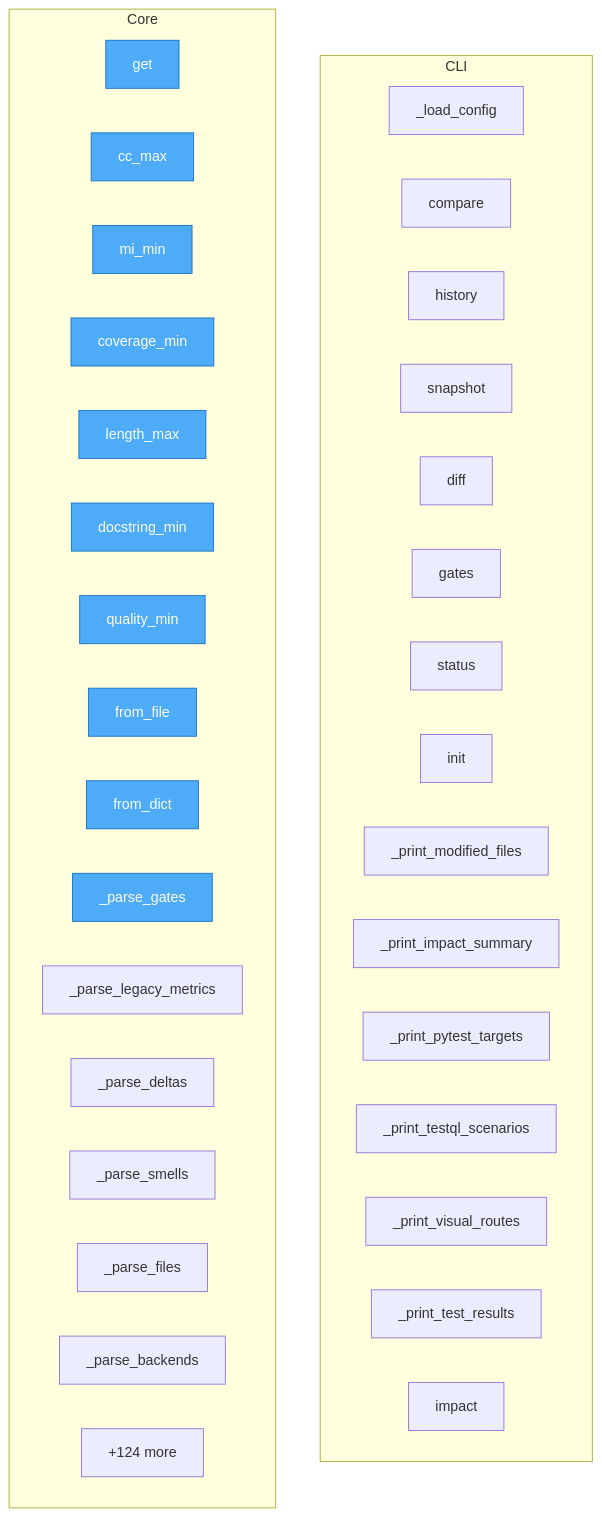
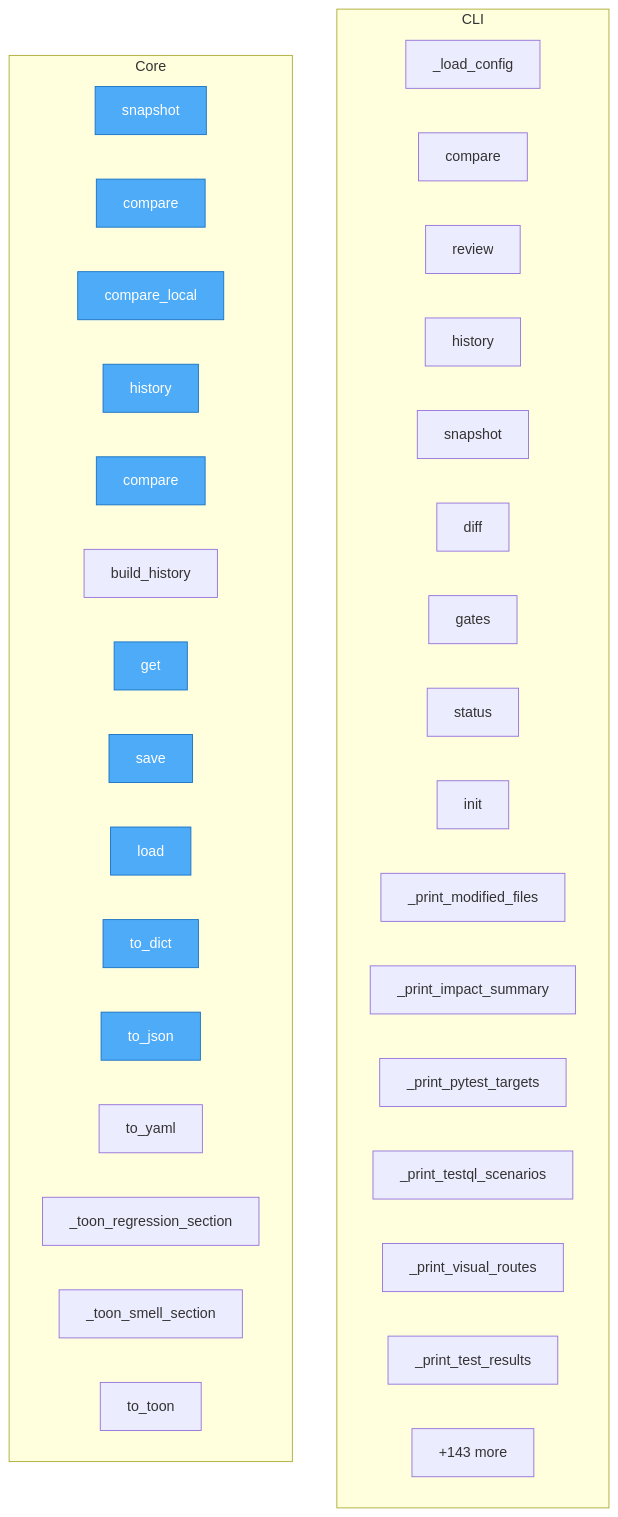
The diagram in project/flow.mmd (semcod/regix), drawn with Mermaid before and after one commit. The commit also changed 37 other files, not shown here.

```diff
--- a/project/flow.mmd
+++ b/project/flow.mmd
@@ -1,44 +1,45 @@
 flowchart TD
 %% generated in 0.01s
 
     %% Entry points (blue)
     classDef entry fill:#4dabf7,stroke:#1971c2,color:#fff
 
     subgraph CLI
         regix__cli___load_config["_load_config"]
         regix__cli__compare["compare"]
+        regix__cli__review["review"]
         regix__cli__history["history"]
         regix__cli__snapshot["snapshot"]
         regix__cli__diff["diff"]
         regix__cli__gates["gates"]
         regix__cli__status["status"]
         regix__cli__init["init"]
         regix__cli___print_modified_files["_print_modified_files"]
         regix__cli___print_impact_summary["_print_impact_summary"]
         regix__cli___print_pytest_targets["_print_pytest_targets"]
         regix__cli___print_testql_scenarios["_print_testql_scenarios"]
         regix__cli___print_visual_routes["_print_visual_routes"]
         regix__cli___print_test_results["_print_test_results"]
-        regix__cli__impact["impact"]
+        ...["+1 more"]
     end
 
     subgraph Core
-        regix__config__GateThresholds__get["get"]
-        regix__config__RegressionConfig__cc_max["cc_max"]
-        regix__config__RegressionConfig__mi_min["mi_min"]
-        regix__config__RegressionConfig__coverage_min["coverage_min"]
-        regix__config__RegressionConfig__length_max["length_max"]
-        regix__config__RegressionConfig__docstring_min["docstring_min"]
-        regix__config__RegressionConfig__quality_min["quality_min"]
-        regix__config__RegressionConfig__from_file["from_file"]
-        regix__config__RegressionConfig__from_dict["from_dict"]
-        regix__config__RegressionConfig___parse_gates["_parse_gates"]
-        regix__config__RegressionConfig___parse_legacy_metrics["_parse_legacy_metrics"]
-        regix__config__RegressionConfig___parse_deltas["_parse_deltas"]
-        regix__config__RegressionConfig___parse_smells["_parse_smells"]
-        regix__config__RegressionConfig___parse_files["_parse_files"]
-        regix__config__RegressionConfig___parse_backends["_parse_backends"]
-        ...["+124 more"]
+        regix__Regix__snapshot["snapshot"]
+        regix__Regix__compare["compare"]
+        regix__Regix__compare_local["compare_local"]
+        regix__Regix__history["history"]
+        regix__compare__compare["compare"]
+        regix__history__build_history["build_history"]
+        regix__models__Snapshot__get["get"]
+        regix__models__Snapshot__save["save"]
+        regix__models__Snapshot__load["load"]
+        regix__models__RegressionReport__to_dict["to_dict"]
+        regix__models__RegressionReport__to_json["to_json"]
+        regix__models__RegressionReport__to_yaml["to_yaml"]
+        regix__models__RegressionReport___toon_regression_section["_toon_regression_section"]
+        regix__models__RegressionReport___toon_smell_section["_toon_smell_section"]
+        regix__models__RegressionReport__to_toon["to_toon"]
+        ...["+143 more"]
     end
 
-    class regix__config__GateThresholds__get,regix__config__RegressionConfig__cc_max,regix__config__RegressionConfig__mi_min,regix__config__RegressionConfig__coverage_min,regix__config__RegressionConfig__length_max,regix__config__RegressionConfig__docstring_min,regix__config__RegressionConfig__quality_min,regix__config__RegressionConfig__from_file,regix__config__RegressionConfig__from_dict,regix__config__RegressionConfig___parse_gates entry
+    class regix__Regix__snapshot,regix__Regix__compare,regix__Regix__compare_local,regix__Regix__history,regix__compare__compare,regix__models__Snapshot__get,regix__models__Snapshot__save,regix__models__Snapshot__load,regix__models__RegressionReport__to_dict,regix__models__RegressionReport__to_json entry
```
